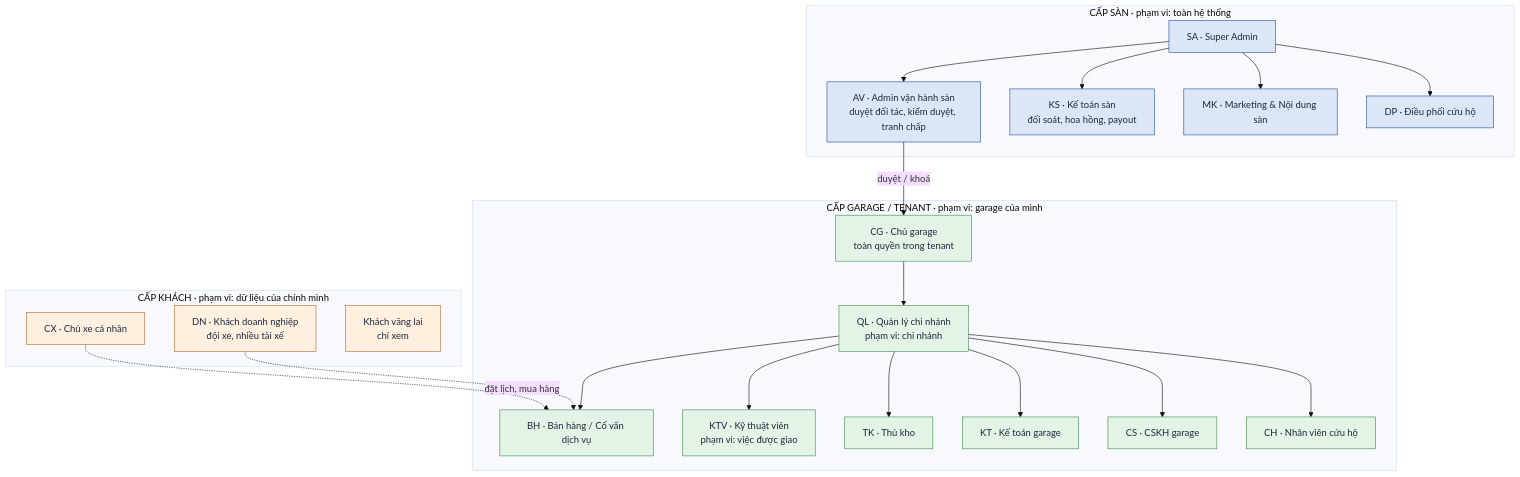
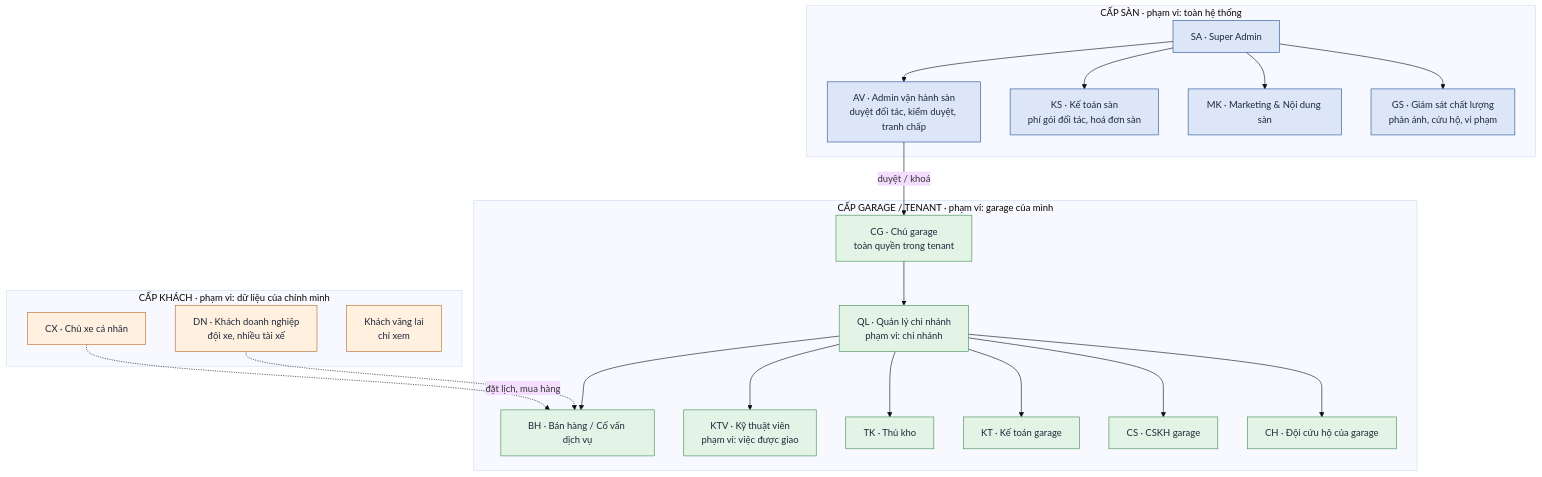
Before and after one commit to south93/cardiy-crm: the diagram in docs/02-vai-tro-phan-quyen.md, drawn with Mermaid (base theme). The commit also changed other lines of this file and 9 other files, not shown here.

First line of the commit message:
Cập nhật đặc tả: sàn chỉ là trung gian, cứu hộ là dịch vụ của garage; thêm lộ trình

````diff
--- a/docs/02-vai-tro-phan-quyen.md
+++ b/docs/02-vai-tro-phan-quyen.md
@@ -5,37 +5,37 @@
 ```mermaid
 flowchart TB
   classDef p fill:#dce6f6,stroke:#1f4e9c,color:#1e293b
   classDef t fill:#e3f4e6,stroke:#3e8a4f,color:#1e293b
   classDef c fill:#fff0e0,stroke:#b8692a,color:#1e293b
 
   subgraph P["CẤP SÀN · phạm vi: toàn hệ thống"]
     P1["SA · Super Admin"]:::p
     P2["AV · Admin vận hành sàn<br/>duyệt đối tác, kiểm duyệt, tranh chấp"]:::p
-    P3["KS · Kế toán sàn<br/>đối soát, hoa hồng, payout"]:::p
+    P3["KS · Kế toán sàn<br/>phí gói đối tác, hoá đơn sàn"]:::p
     P4["MK · Marketing & Nội dung sàn"]:::p
-    P5["DP · Điều phối cứu hộ"]:::p
+    P5["GS · Giám sát chất lượng<br/>phản ánh, cứu hộ, vi phạm"]:::p
   end
 
   subgraph T["CẤP GARAGE / TENANT · phạm vi: garage của mình"]
     T1["CG · Chủ garage<br/>toàn quyền trong tenant"]:::t
     T2["QL · Quản lý chi nhánh<br/>phạm vi: chi nhánh"]:::t
     T3["BH · Bán hàng / Cố vấn dịch vụ"]:::t
     T4["KTV · Kỹ thuật viên<br/>phạm vi: việc được giao"]:::t
     T5["TK · Thủ kho"]:::t
     T6["KT · Kế toán garage"]:::t
     T7["CS · CSKH garage"]:::t
-    T8["CH · Nhân viên cứu hộ"]:::t
+    T8["CH · Đội cứu hộ của garage"]:::t
   end
 
   subgraph C["CẤP KHÁCH · phạm vi: dữ liệu của chính mình"]
     C1["CX · Chủ xe cá nhân"]:::c
     C2["DN · Khách doanh nghiệp<br/>đội xe, nhiều tài xế"]:::c
     C3["Khách vãng lai<br/>chỉ xem"]:::c
   end
 
   P1 --> P2 & P3 & P4 & P5
   P2 -->|"duyệt / khoá"| T1
   T1 --> T2 --> T3 & T4 & T5 & T6 & T7 & T8
   C1 -.->|"đặt lịch, mua hàng"| T3
   C2 -.-> T3
 ```
````
